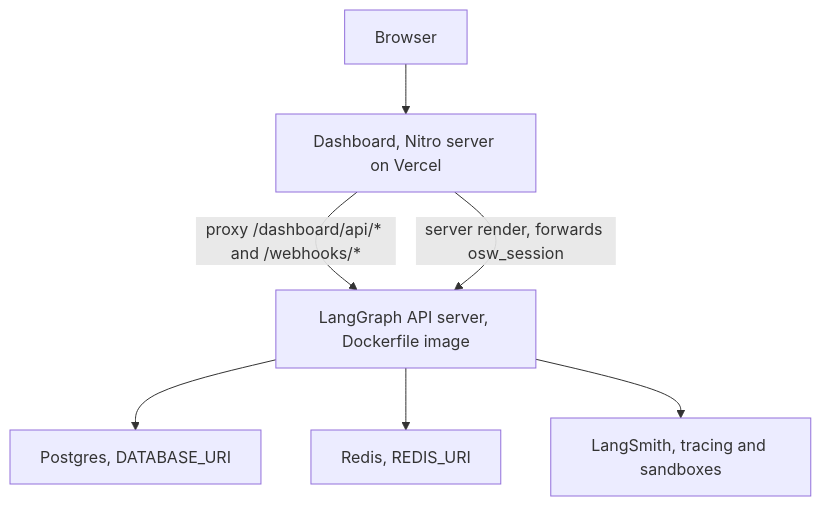
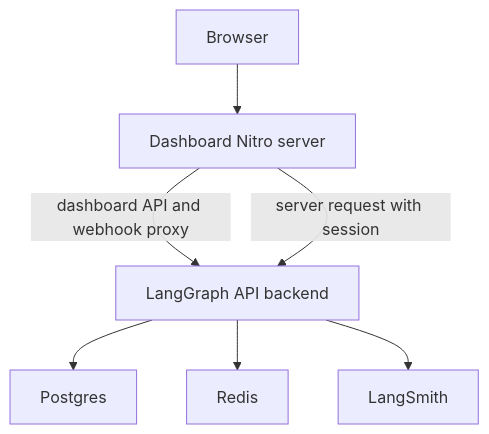
One commit to langchain-ai/open-swe changed the second of 2 diagrams in openwiki/operations/deployment.md. Above: the diagram before and after it, drawn with Mermaid. The commit also changed other lines of this file and 21 other files, not shown here.

````diff
--- a/openwiki/operations/deployment.md
+++ b/openwiki/operations/deployment.md
@@ -240,9 +158,9 @@
 ```mermaid
 flowchart TD
-  Browser["Browser"] --> Vercel["Dashboard, Nitro server on Vercel"]
-  Vercel -->|"proxy /dashboard/api/* and /webhooks/*"| Backend["LangGraph API server, Dockerfile image"]
-  Vercel -->|"server render, forwards osw_session"| Backend
-  Backend --> PG["Postgres, DATABASE_URI"]
-  Backend --> Redis["Redis, REDIS_URI"]
-  Backend --> LS["LangSmith, tracing and sandboxes"]
+  Browser["Browser"] --> Dashboard["Dashboard Nitro server"]
+  Dashboard -->|"dashboard API and webhook proxy"| Backend["LangGraph API backend"]
+  Dashboard -->|"server request with session"| Backend
+  Backend --> Postgres["Postgres"]
+  Backend --> Redis["Redis"]
+  Backend --> LangSmith["LangSmith"]
 ```
````
